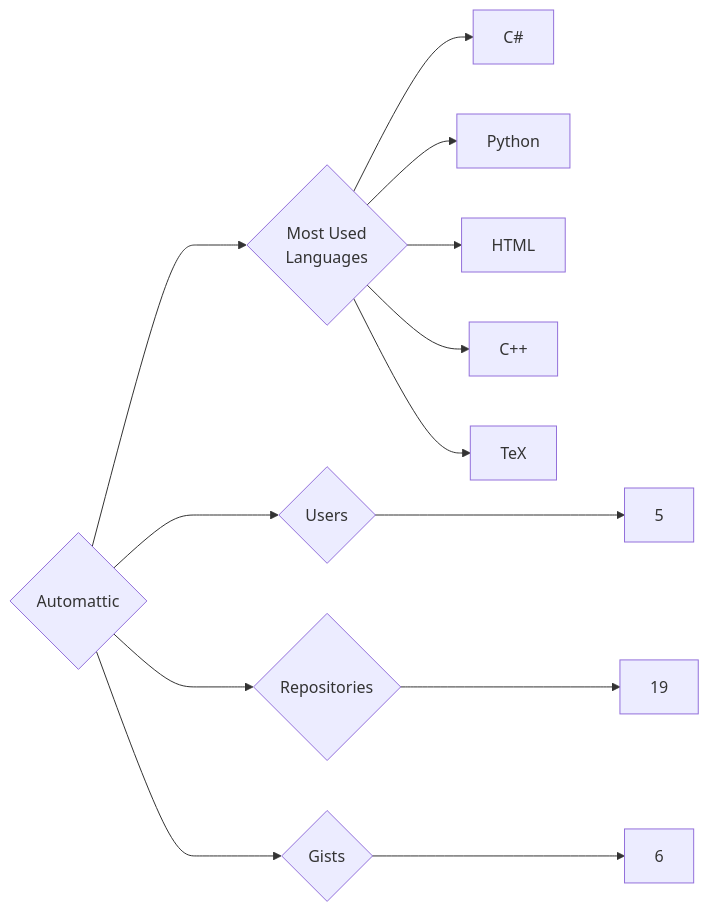
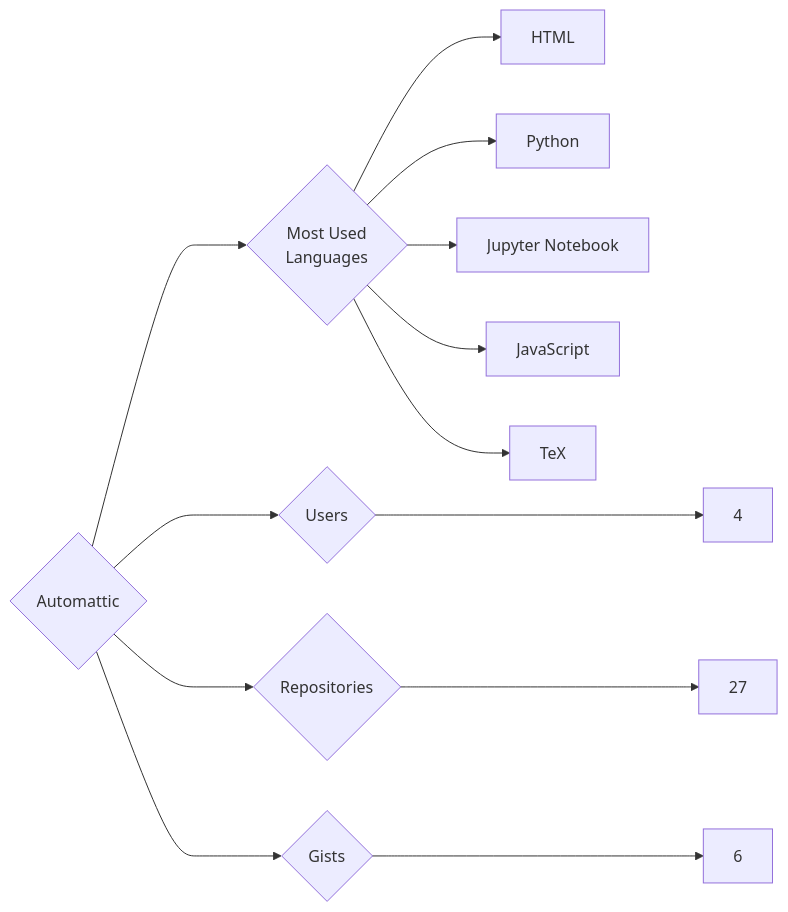
One commit to trickest/insiders changed the diagram in targets/Automattic/README.md. Above: the diagram before and after it, drawn with Mermaid. The commit also changed 1078 other files, not shown here.

````diff
--- a/targets/Automattic/README.md
+++ b/targets/Automattic/README.md
@@ -3,13 +3,13 @@
 ```mermaid
 graph LR
 COMPANY_NAME{Automattic}
-COMPANY_NAME ---> U{Users} ---> UN[5]
-COMPANY_NAME ---> R{Repositories} ---> RN[19]
+COMPANY_NAME ---> U{Users} ---> UN[4]
+COMPANY_NAME ---> R{Repositories} ---> RN[27]
 COMPANY_NAME ---> G{Gists} ---> GN[6]
 COMPANY_NAME ---> ML{Most Used<br>Languages}
-ML --> C#[C#]
+ML --> HTML[HTML]
 ML --> Python[Python]
-ML --> HTML[HTML]
-ML --> C++[C++]
+ML --> Jupyter_Notebook[Jupyter Notebook]
+ML --> JavaScript[JavaScript]
 ML --> TeX[TeX]
 ```
````
